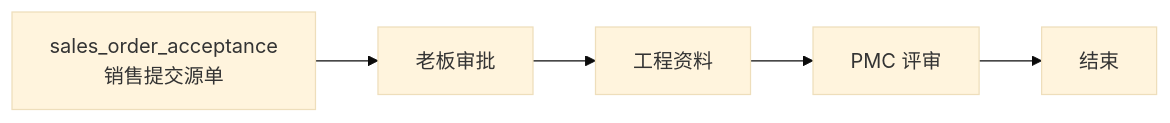
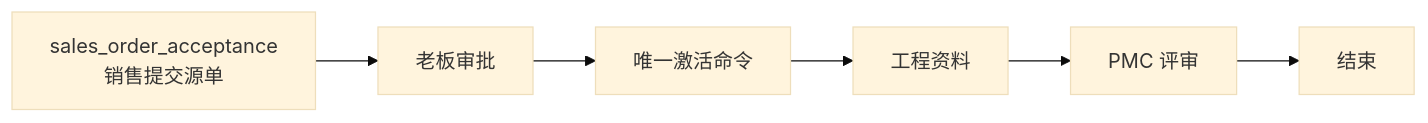
One commit to saurick/plush-toy-erp changed diagram 15 of 17 in docs/customers/yoyoosun/角色能力与流程矩阵.md. Above: the diagram before and after it, drawn with Mermaid (base theme). The commit also changed other lines of this file and 89 other files, not shown here.

````diff
--- a/docs/customers/yoyoosun/角色能力与流程矩阵.md
+++ b/docs/customers/yoyoosun/角色能力与流程矩阵.md
@@ -814,4 +814,4 @@
 ```mermaid
 flowchart LR
-  s1["sales_order_acceptance<br/>销售提交源单"] --> s2["老板审批"] --> s3["工程资料"] --> s4["PMC 评审"] --> s5["结束"]
+  s1["sales_order_acceptance<br/>销售提交源单"] --> s2["老板审批"] --> s2a["唯一激活命令"] --> s3["工程资料"] --> s4["PMC 评审"] --> s5["结束"]
 ```
````
